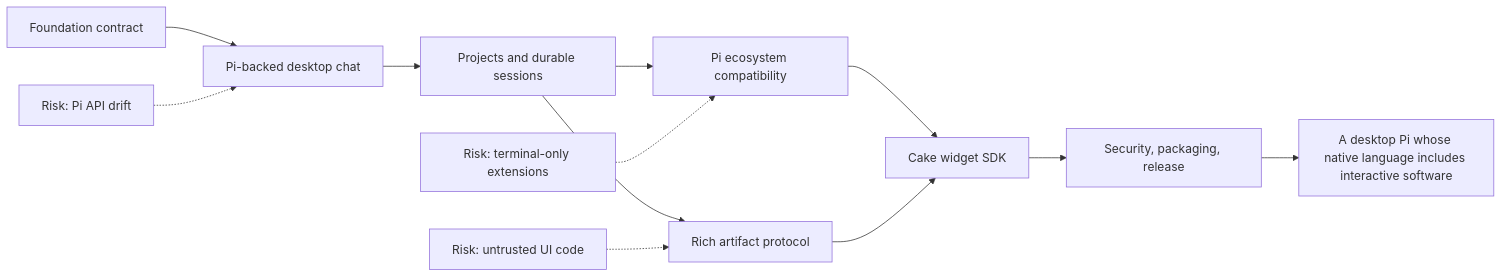
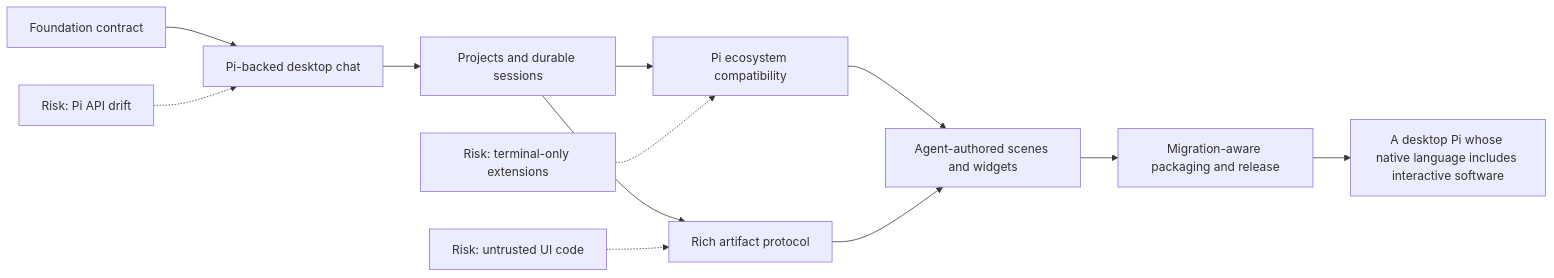
One commit to melnikov-s/cake changed the first of 2 diagrams in PLAN.md. Above: the diagram before and after it, drawn with Mermaid. The commit also changed other lines of this file and 32 other files, not shown here.

````diff
--- a/PLAN.md
+++ b/PLAN.md
@@ -24,15 +26,15 @@
 ```mermaid
 flowchart LR
     S0["Foundation contract"] --> S1["Pi-backed desktop chat"]
     S1 --> S2["Projects and durable sessions"]
     S2 --> S3["Pi ecosystem compatibility"]
     S2 --> S4["Rich artifact protocol"]
-    S3 --> S5["Cake widget SDK"]
+    S3 --> S5["Agent-authored scenes and widgets"]
     S4 --> S5
-    S5 --> S6["Security, packaging, release"]
+    S5 --> S6["Migration-aware packaging and release"]
     S6 --> DONE["A desktop Pi whose native language includes interactive software"]
 
     R1["Risk: Pi API drift"] -.-> S1
     R2["Risk: untrusted UI code"] -.-> S4
     R3["Risk: terminal-only extensions"] -.-> S3
 ```
````
